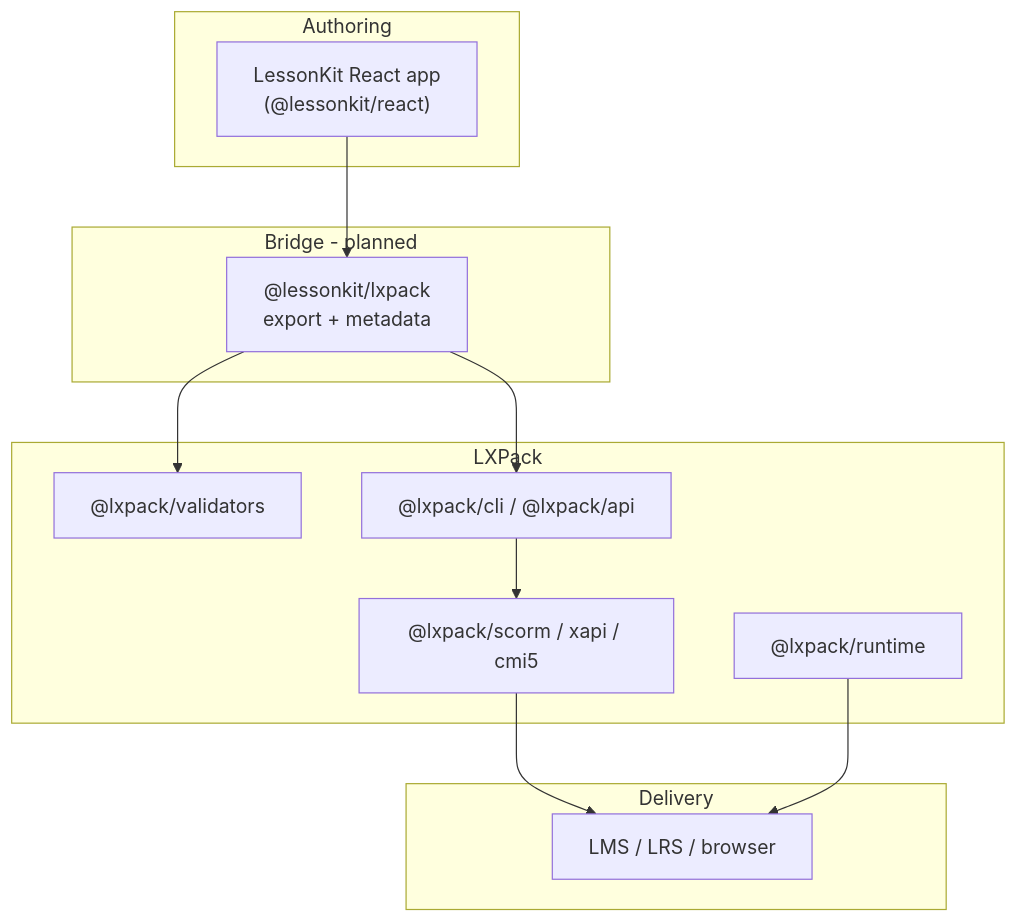
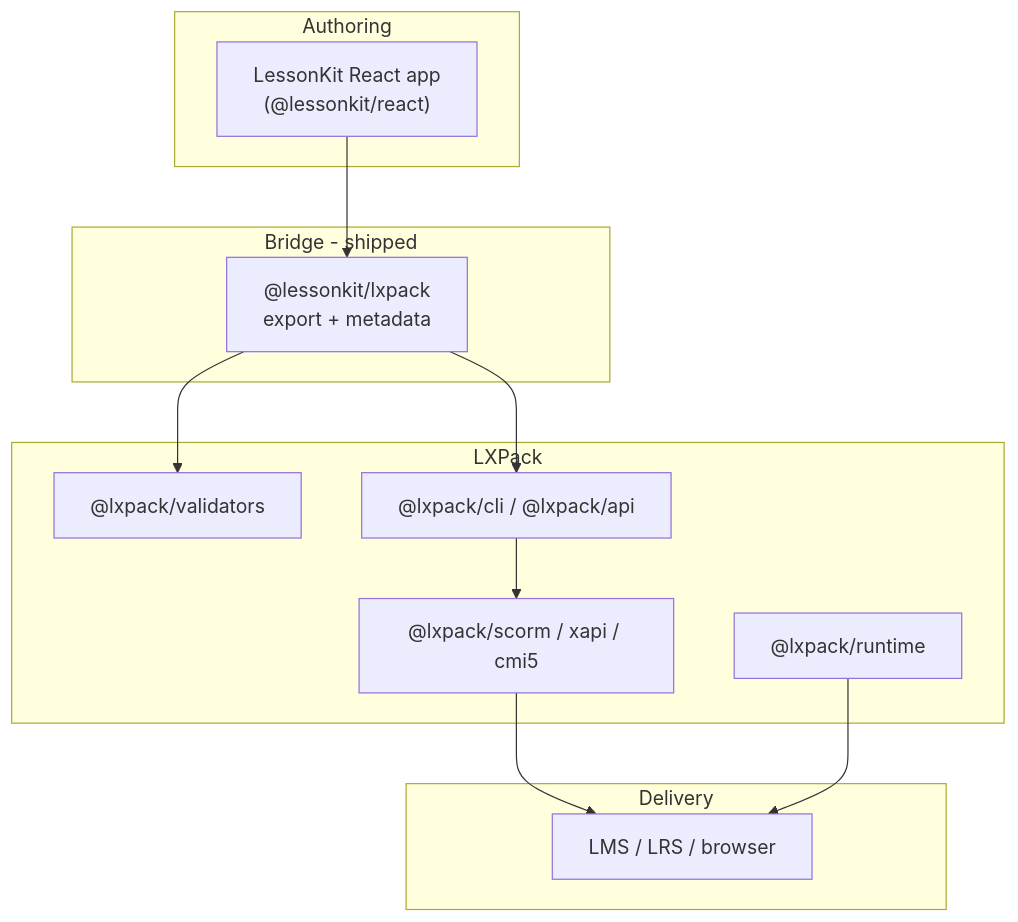
The diagram in docs/LXPACK_UPGRADES_FOR_LESSONKIT.md (eddiethedean/lxpack), drawn with Mermaid before and after one commit. The commit also changed other lines of this file and 52 other files, not shown here.

````diff
--- a/docs/LXPACK_UPGRADES_FOR_LESSONKIT.md
+++ b/docs/LXPACK_UPGRADES_FOR_LESSONKIT.md
@@ -275,28 +280,28 @@
 ```mermaid
 flowchart TB
   subgraph author [Authoring]
     LK["LessonKit React app\n(@lessonkit/react)"]
   end
 
-  subgraph bridge [Bridge - planned]
+  subgraph bridge [Bridge - shipped]
     LKL["@lessonkit/lxpack\nexport + metadata"]
   end
 
   subgraph lxpack [LXPack]
     VAL["@lxpack/validators"]
     CLI["@lxpack/cli / @lxpack/api"]
     PKG["@lxpack/scorm / xapi / cmi5"]
     RT["@lxpack/runtime"]
   end
 
   subgraph lms [Delivery]
     LMS["LMS / LRS / browser"]
   end
 
   LK --> LKL
   LKL --> VAL
   LKL --> CLI
   CLI --> PKG
   PKG --> LMS
   RT --> LMS
 ```
````
